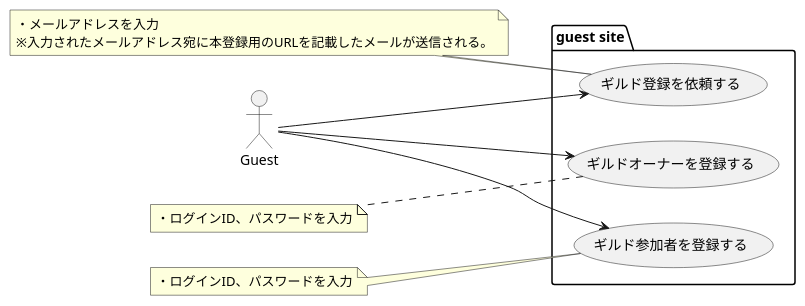
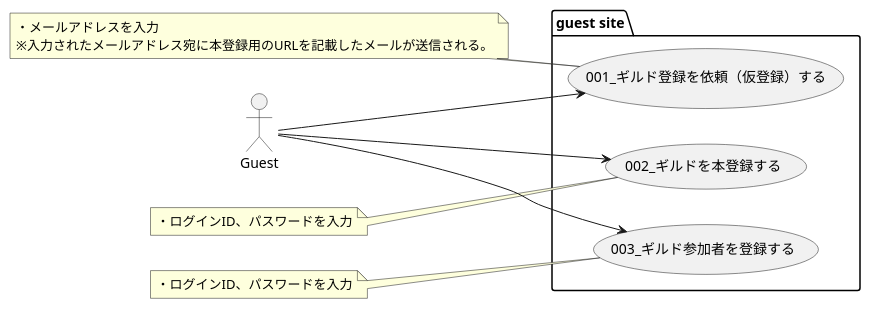
Before and after one commit to sky0621/familiagildo: the diagram in design/usecase/guest/usecase.puml, drawn with PlantUML. The commit also changed 11 other files, not shown here.

```diff
--- a/design/usecase/guest/usecase.puml
+++ b/design/usecase/guest/usecase.puml
@@ -1,30 +1,30 @@
 @startuml
 
 left to right direction
 
 actor Guest as g
 
 package "guest site" {
-    usecase "ギルド登録を依頼する" as requestCreateGuildByGuest
-    usecase "ギルドオーナーを登録する" as createOwnerByGuest
-    usecase "ギルド参加者を登録する" as createParticipantByGuest
+    usecase "001_ギルド登録を依頼（仮登録）する" as requestCreateGuildByGuest
+    usecase "002_ギルドを本登録する" as createGuildByGuest
+    usecase "003_ギルド参加者を登録する" as createParticipantByGuest
 }
 
 g --> requestCreateGuildByGuest
-g --> createOwnerByGuest
+g --> createGuildByGuest
 g --> createParticipantByGuest
 
 note left of requestCreateGuildByGuest
 ・メールアドレスを入力
 ※入力されたメールアドレス宛に本登録用のURLを記載したメールが送信される。
 end note
 
-note left of createOwnerByGuest
+note left of createGuildByGuest
 ・ログインID、パスワードを入力
 end note
 
 note left of createParticipantByGuest
 ・ログインID、パスワードを入力
 end note
 
 @enduml
```
